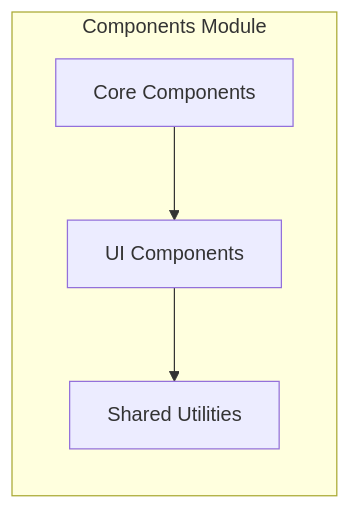
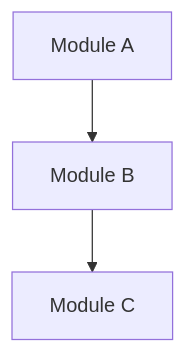
One commit to djb258/repo-lens changed the diagram in README.md. Above: the diagram before and after it, drawn with Mermaid. The commit also changed other lines of this file and 14 other files, not shown here.

````diff
--- a/README.md
+++ b/README.md
@@ -162,7 +104,10 @@
 ```mermaid
-graph LR
-    subgraph "Components Module"
-        A[Core Components] --> B[UI Components]
-        B --> C[Shared Utilities]
-    end
+graph TB
+    A[Module A] --> B[Module B]
+    B --> C[Module C]
+    
+    classDef healthy fill:#10B981
+    classDef warning fill:#F59E0B
+    classDef critical fill:#F97316
+    classDef escalated fill:#EF4444
 ```
````
